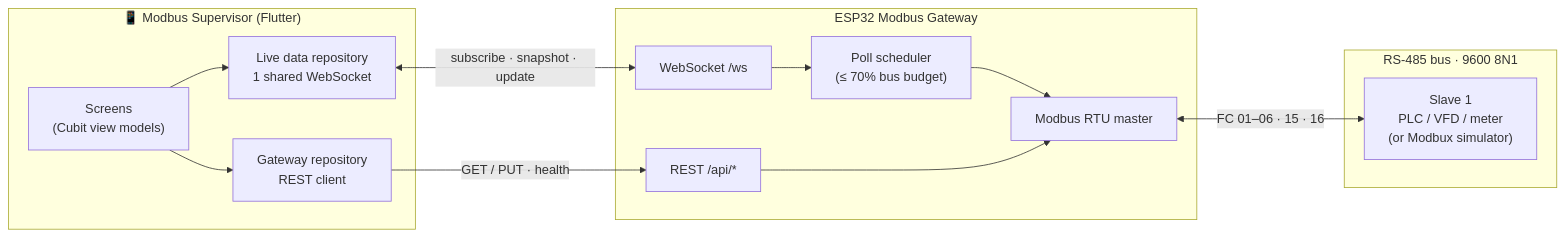
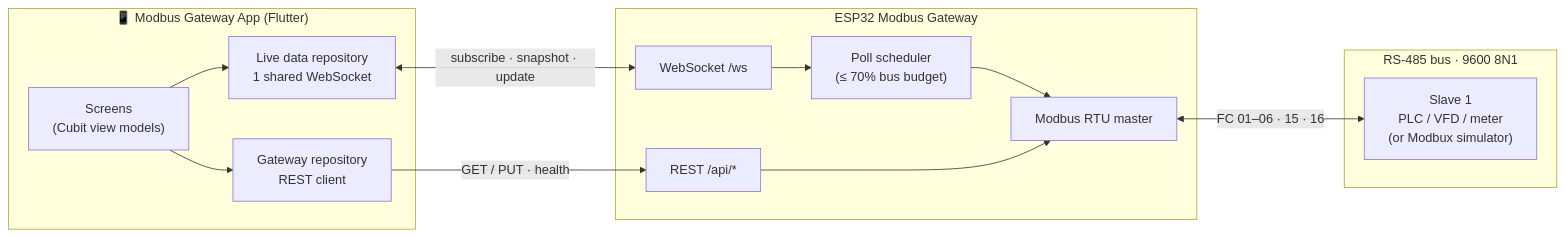
Before and after one commit to magnurv12/modbus_gateway_app: the first of 4 diagrams in README.md, drawn with Mermaid. The commit also changed other lines of this file and 22 other files, not shown here.

First line of the commit message:
refactor: renomeia o projeto para modbus_gateway_app ("Modbus Gateway")

````diff
--- a/README.md
+++ b/README.md
@@ -91,26 +91,26 @@
 ```mermaid
 flowchart LR
-    subgraph Phone["📱 Modbus Supervisor (Flutter)"]
+    subgraph Phone["📱 Modbus Gateway App (Flutter)"]
         UI["Screens<br/>(Cubit view models)"]
         LIVE["Live data repository<br/>1 shared WebSocket"]
         REST["Gateway repository<br/>REST client"]
     end
 
     subgraph ESP["ESP32 Modbus Gateway"]
         API["REST /api/*"]
         WS["WebSocket /ws"]
         SCHED["Poll scheduler<br/>(≤ 70% bus budget)"]
         MASTER["Modbus RTU master"]
     end
 
     subgraph Bus["RS-485 bus · 9600 8N1"]
         S1["Slave 1<br/>PLC / VFD / meter<br/>(or Modbux simulator)"]
     end
 
     UI --> LIVE & REST
     LIVE <-- "subscribe · snapshot · update" --> WS
     REST -- "GET / PUT · health" --> API
     WS --> SCHED --> MASTER
     API --> MASTER
     MASTER <-- "FC 01–06 · 15 · 16" --> S1
 ```
````
